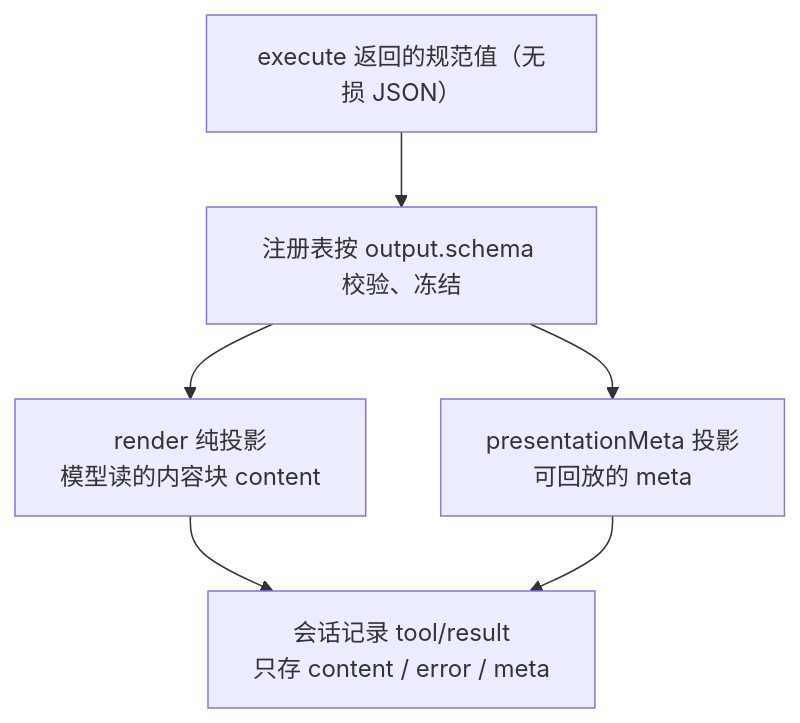
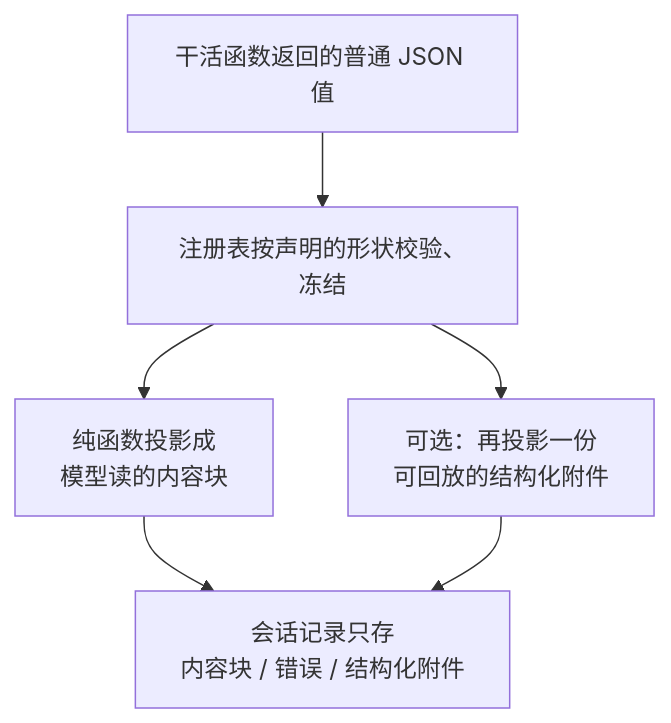
Before and after one commit to anthonyzhao-4926/blog: the second of 3 diagrams in dsh 插件开发学习/11-为模型注册自定义工具.md, drawn with Mermaid. The commit also changed other lines of this file and 38 other files, not shown here.

````diff
--- a/dsh 插件开发学习/11-为模型注册自定义工具.md
+++ b/dsh 插件开发学习/11-为模型注册自定义工具.md
@@ -46,8 +46,8 @@
 ```mermaid
 flowchart TD
-    V["execute 返回的规范值（无损 JSON）"] --> K["注册表按 output.schema 校验、冻结"]
-    K --> R["render 纯投影<br/>模型读的内容块 content"]
-    K --> P["presentationMeta 投影<br/>可回放的 meta"]
-    R --> S["会话记录 tool/result<br/>只存 content / error / meta"]
+    V["干活函数返回的普通 JSON 值"] --> K["注册表按声明的形状校验、冻结"]
+    K --> R["纯函数投影成<br/>模型读的内容块"]
+    K --> P["可选：再投影一份<br/>可回放的结构化附件"]
+    R --> S["会话记录只存<br/>内容块 / 错误 / 结构化附件"]
     P --> S
 ```
````
